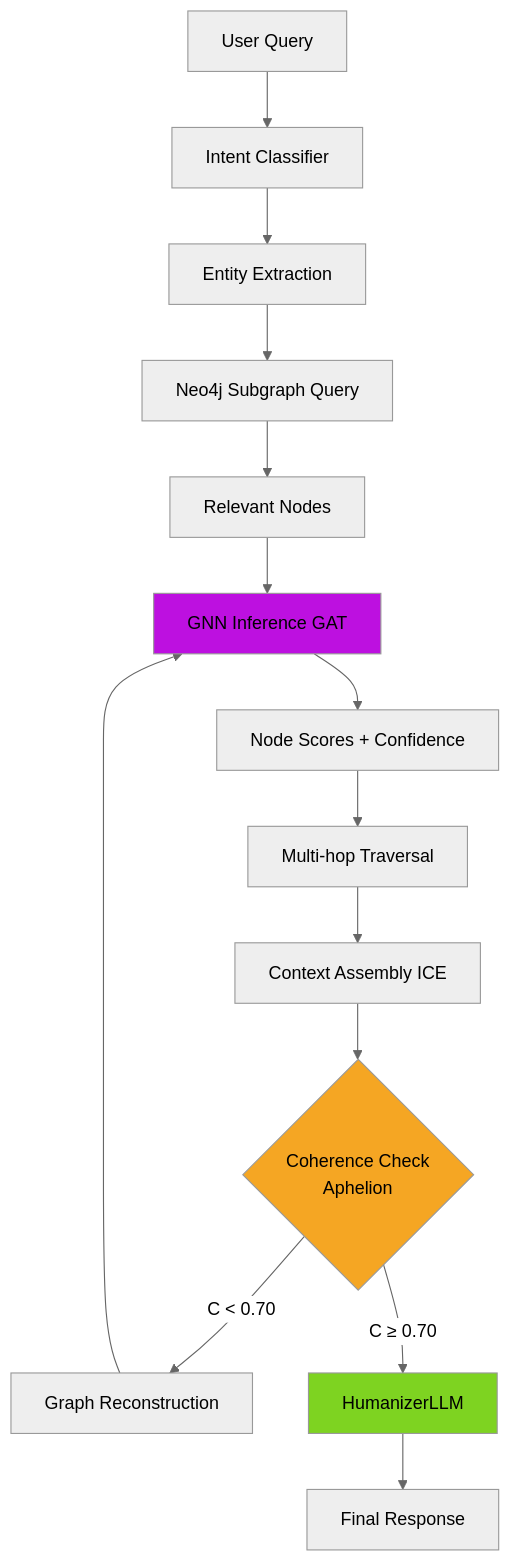
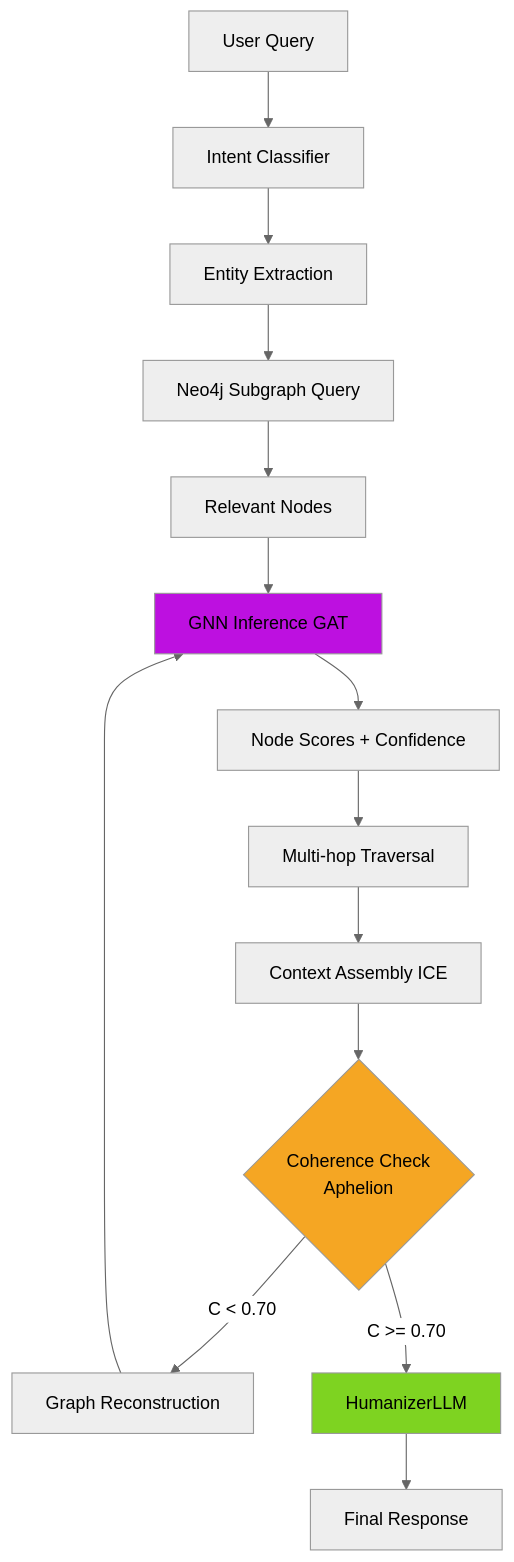
The fourth of 4 diagrams in README.md (viniruggeri/midas-fdr), drawn with Mermaid (neutral theme) before and after one commit. The commit also changed other lines of this file, not shown here.

Commit message:
fix: mermaid diagram syntax for GitHub rendering

````diff
--- a/README.md
+++ b/README.md
@@ -250,25 +250,25 @@
 ```mermaid
 graph TD
     A[User Query] --> B[Intent Classifier]
     B --> C[Entity Extraction]
     
     C --> D[Neo4j Subgraph Query]
     D --> E[Relevant Nodes]
     
     E --> F[GNN Inference GAT]
     F --> G[Node Scores + Confidence]
     
     G --> H[Multi-hop Traversal]
     H --> I[Context Assembly ICE]
     
     I --> J{Coherence Check<br/>Aphelion}
-    J -->|C < 0.70| K[Graph Reconstruction]
-    J -->|C ≥ 0.70| L[HumanizerLLM]
+    J -->|"C < 0.70"| K[Graph Reconstruction]
+    J -->|"C >= 0.70"| L[HumanizerLLM]
     
     K --> F
     L --> M[Final Response]
     
     style F fill:#BD10E0
     style J fill:#F5A623
     style L fill:#7ED321
 ```
````
